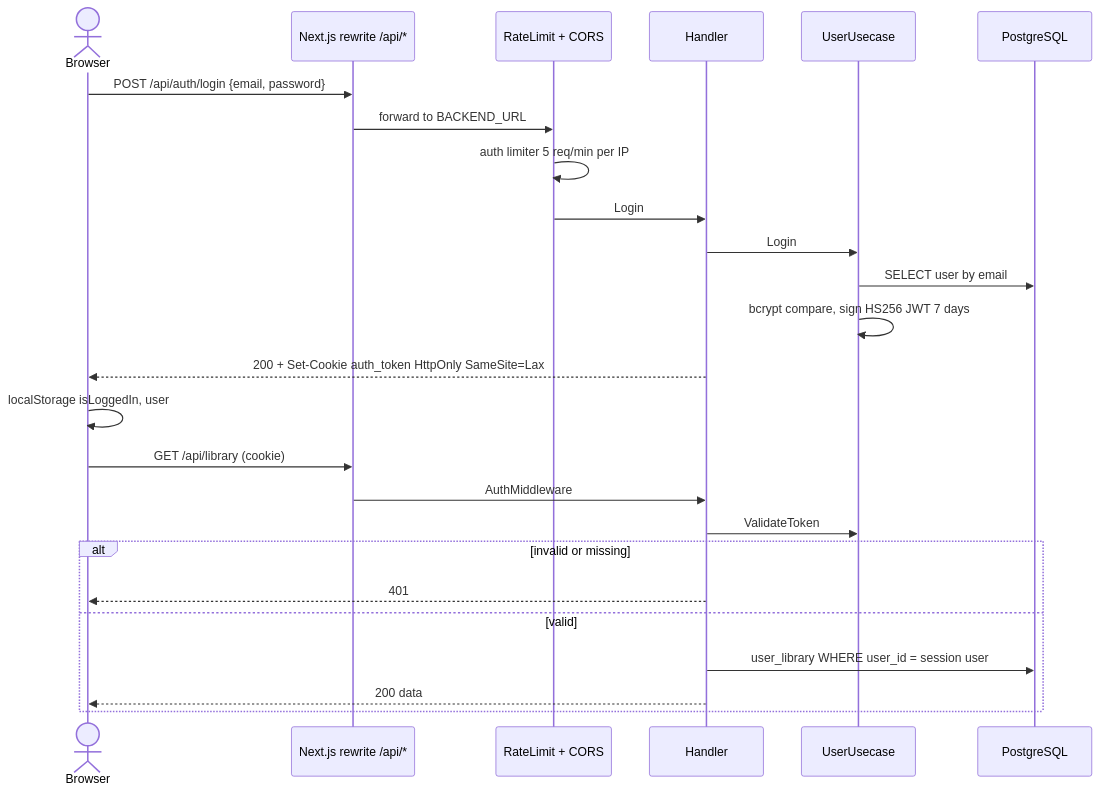
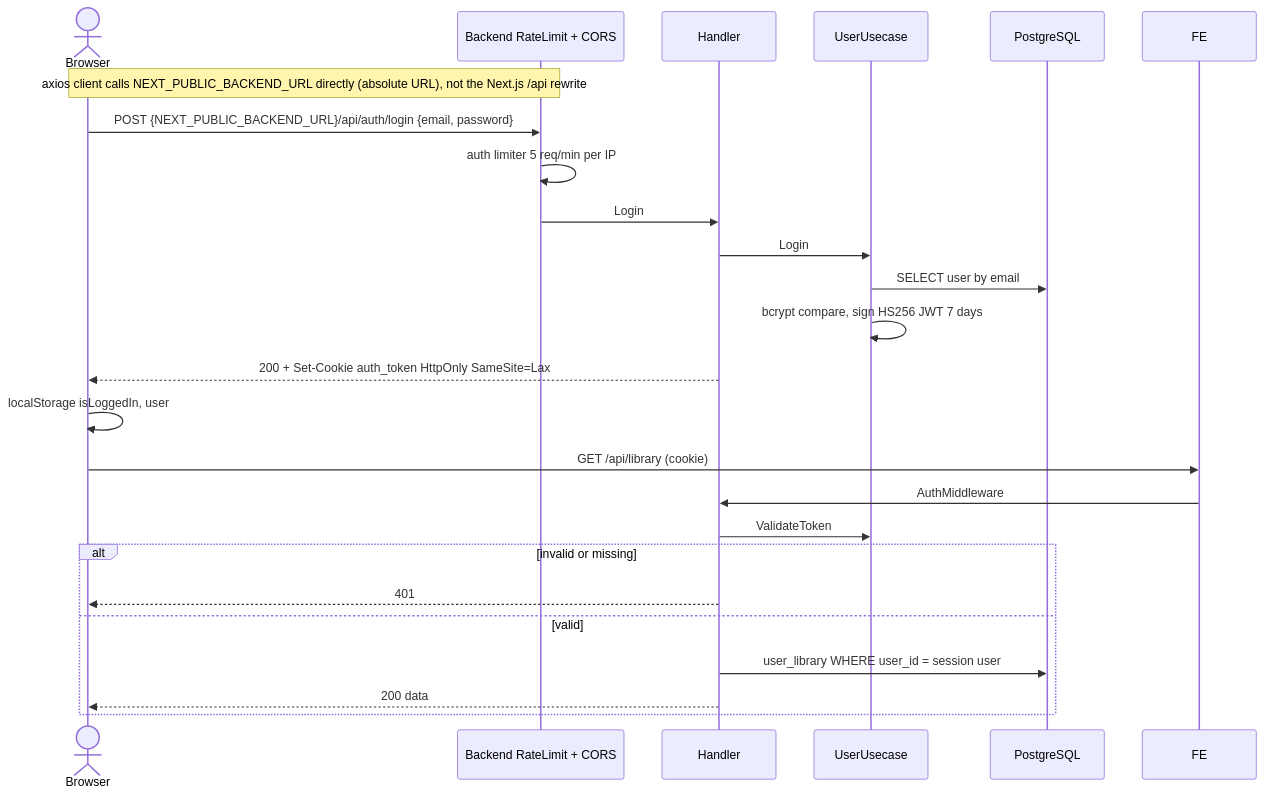
The first of 4 diagrams in docs/diagrams/10-sequences.md (bookchaowalit-website/content-bookreading), drawn with Mermaid before and after one commit. The commit also changed other lines of this file, not shown here.

Commit message:
docs: show login calling NEXT_PUBLIC_BACKEND_URL directly
Codex review: api.ts and new-api.ts use an absolute
NEXT_PUBLIC_BACKEND_URL, so login bypasses the Next.js /api rewrite.

````diff
--- a/docs/diagrams/10-sequences.md
+++ b/docs/diagrams/10-sequences.md
@@ -9,28 +9,27 @@
 ```mermaid
 sequenceDiagram
     actor U as Browser
-    participant FE as Next.js rewrite /api/*
-    participant MW as RateLimit + CORS
+    participant MW as Backend RateLimit + CORS
     participant H as Handler
     participant UC as UserUsecase
     participant DB as PostgreSQL
 
-    U->>FE: POST /api/auth/login {email, password}
-    FE->>MW: forward to BACKEND_URL
+    Note over U,MW: axios client calls NEXT_PUBLIC_BACKEND_URL directly (absolute URL), not the Next.js /api rewrite
+    U->>MW: POST {NEXT_PUBLIC_BACKEND_URL}/api/auth/login {email, password}
     MW->>MW: auth limiter 5 req/min per IP
     MW->>H: Login
     H->>UC: Login
     UC->>DB: SELECT user by email
     UC->>UC: bcrypt compare, sign HS256 JWT 7 days
     H-->>U: 200 + Set-Cookie auth_token HttpOnly SameSite=Lax
     U->>U: localStorage isLoggedIn, user
     U->>FE: GET /api/library (cookie)
     FE->>H: AuthMiddleware
     H->>UC: ValidateToken
     alt invalid or missing
         H-->>U: 401
     else valid
         H->>DB: user_library WHERE user_id = session user
         H-->>U: 200 data
     end
 ```
````
